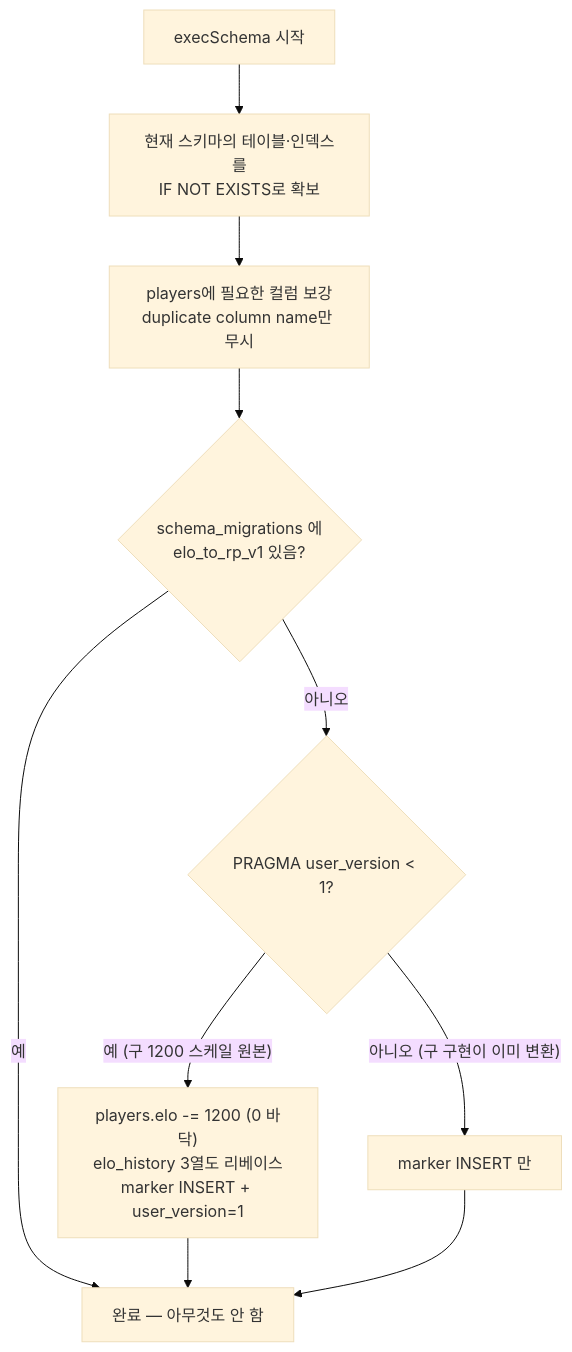
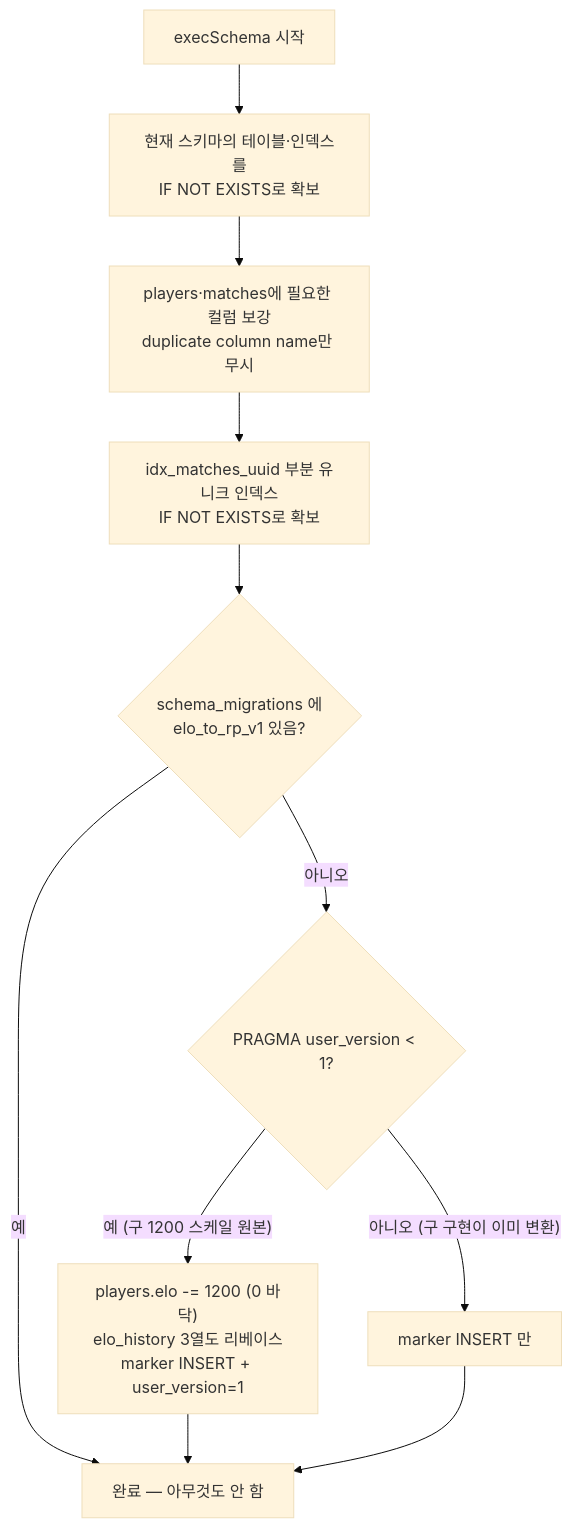
One commit to Rein-ArXiv/Tetris-Multiplayer-RL changed the second of 6 diagrams in docs/blog/part10-meta-and-ranking.md. Above: the diagram before and after it, drawn with Mermaid (base theme). The commit also changed other lines of this file and 28 other files, not shown here.

````diff
--- a/docs/blog/part10-meta-and-ranking.md
+++ b/docs/blog/part10-meta-and-ranking.md
@@ -484,12 +505,13 @@
 ```mermaid
 flowchart TD
     A[execSchema 시작] --> B["현재 스키마의 테이블·인덱스를<br/>IF NOT EXISTS로 확보"]
-    B --> C["players에 필요한 컬럼 보강<br/>duplicate column name만 무시"]
-    C --> D{"schema_migrations 에<br/>elo_to_rp_v1 있음?"}
+    B --> C["players·matches에 필요한 컬럼 보강<br/>duplicate column name만 무시"]
+    C --> C2["idx_matches_uuid 부분 유니크 인덱스<br/>IF NOT EXISTS로 확보"]
+    C2 --> D{"schema_migrations 에<br/>elo_to_rp_v1 있음?"}
     D -- 예 --> Z[완료 — 아무것도 안 함]
     D -- 아니오 --> E{"PRAGMA user_version < 1?"}
     E -- "예 (구 1200 스케일 원본)" --> F["players.elo -= 1200 (0 바닥)<br/>elo_history 3열도 리베이스<br/>marker INSERT + user_version=1"]
     E -- "아니오 (구 구현이 이미 변환)" --> G["marker INSERT 만"]
     F --> Z
     G --> Z
 ```
````
